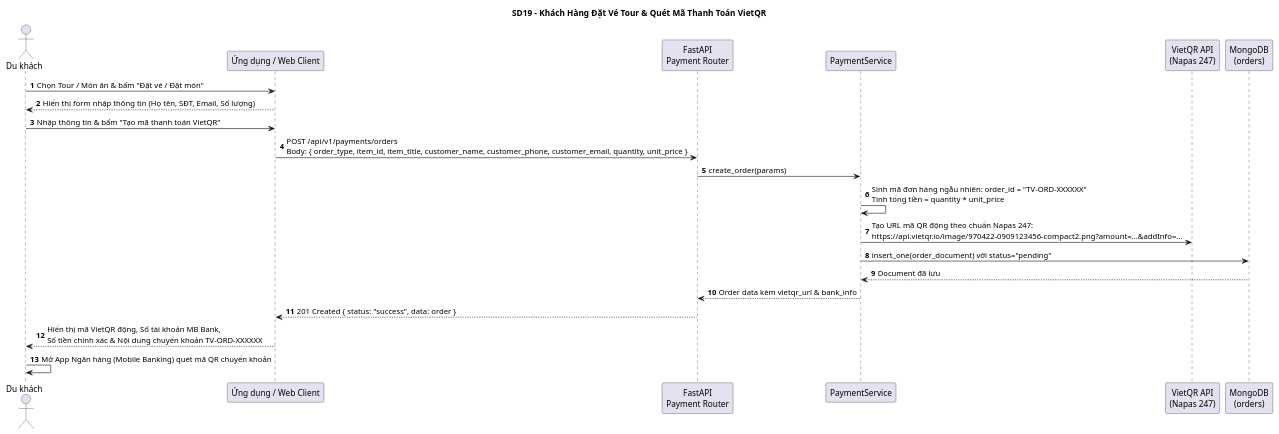
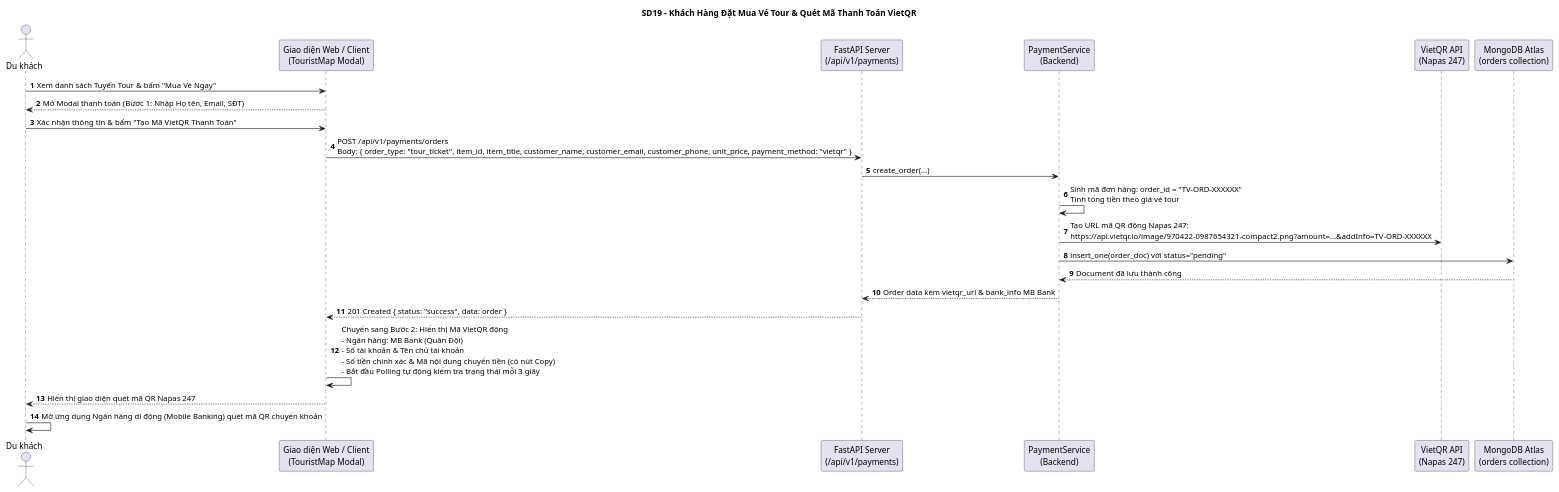
Before and after one commit to xuandang0405/seminarchuyende: the diagram in quan4_sequence_diagrams/plantuml/SD19_thanh_toan_vietqr.puml, drawn with PlantUML. The commit also changed 274 other files, not shown here.

Commit message:
feat: finalize TourVoice web app and deployment

```diff
--- a/quan4_sequence_diagrams/plantuml/SD19_thanh_toan_vietqr.puml
+++ b/quan4_sequence_diagrams/plantuml/SD19_thanh_toan_vietqr.puml
@@ -1,29 +1,30 @@
 @startuml
-title SD19 - Khách Hàng Đặt Vé Tour & Quét Mã Thanh Toán VietQR
+title SD19 - Khách Hàng Đặt Mua Vé Tour & Quét Mã Thanh Toán VietQR
 autonumber
 skinparam shadowing false
 skinparam defaultFontName "Arial"
 
 actor "Du khách" as User
-participant "Ứng dụng / Web Client" as App
-participant "FastAPI\nPayment Router" as API
-participant "PaymentService" as Service
+participant "Giao diện Web / Client\n(TouristMap Modal)" as App
+participant "FastAPI Server\n(/api/v1/payments)" as API
+participant "PaymentService\n(Backend)" as Service
 participant "VietQR API\n(Napas 247)" as VietQR
-participant "MongoDB\n(orders)" as DB
+participant "MongoDB Atlas\n(orders collection)" as DB
 
-User -> App: Chọn Tour / Món ăn & bấm "Đặt vé / Đặt món"
-App --> User: Hiển thị form nhập thông tin (Họ tên, SĐT, Email, Số lượng)
-User -> App: Nhập thông tin & bấm "Tạo mã thanh toán VietQR"
+User -> App: Xem danh sách Tuyến Tour & bấm "Mua Vé Ngay"
+App --> User: Mở Modal thanh toán (Bước 1: Nhập Họ tên, Email, SĐT)
+User -> App: Xác nhận thông tin & bấm "Tạo Mã VietQR Thanh Toán"
 
-App -> API: POST /api/v1/payments/orders\nBody: { order_type, item_id, item_title, customer_name, customer_phone, customer_email, quantity, unit_price }
-API -> Service: create_order(params)
-Service -> Service: Sinh mã đơn hàng ngẫu nhiên: order_id = "TV-ORD-XXXXXX"\nTính tổng tiền = quantity * unit_price
-Service -> VietQR: Tạo URL mã QR động theo chuẩn Napas 247:\nhttps://api.vietqr.io/image/970422-0909123456-compact2.png?amount=...&addInfo=...
-Service -> DB: insert_one(order_document) với status="pending"
-DB --> Service: Document đã lưu
-Service --> API: Order data kèm vietqr_url & bank_info
+App -> API: POST /api/v1/payments/orders\nBody: { order_type: "tour_ticket", item_id, item_title, customer_name, customer_email, customer_phone, unit_price, payment_method: "vietqr" }
+API -> Service: create_order(...)
+Service -> Service: Sinh mã đơn hàng: order_id = "TV-ORD-XXXXXX"\nTính tổng tiền theo giá vé tour
+Service -> VietQR: Tạo URL mã QR động Napas 247:\nhttps://api.vietqr.io/image/970422-0987654321-compact2.png?amount=...&addInfo=TV-ORD-XXXXXX
+Service -> DB: insert_one(order_doc) với status="pending"
+DB --> Service: Document đã lưu thành công
+Service --> API: Order data kèm vietqr_url & bank_info MB Bank
 API --> App: 201 Created { status: "success", data: order }
 
-App --> User: Hiển thị mã VietQR động, Số tài khoản MB Bank,\nSố tiền chính xác & Nội dung chuyển khoản TV-ORD-XXXXXX
-User -> User: Mở App Ngân hàng (Mobile Banking) quét mã QR chuyển khoản
+App -> App: Chuyển sang Bước 2: Hiển thị Mã VietQR động\n- Ngân hàng: MB Bank (Quân Đội)\n- Số tài khoản & Tên chủ tài khoản\n- Số tiền chính xác & Mã nội dung chuyển tiền (có nút Copy)\n- Bắt đầu Polling tự động kiểm tra trạng thái mỗi 3 giây
+App --> User: Hiển thị giao diện quét mã QR Napas 247
+User -> User: Mở ứng dụng Ngân hàng di động (Mobile Banking) quét mã QR chuyển khoản
 @enduml
```
